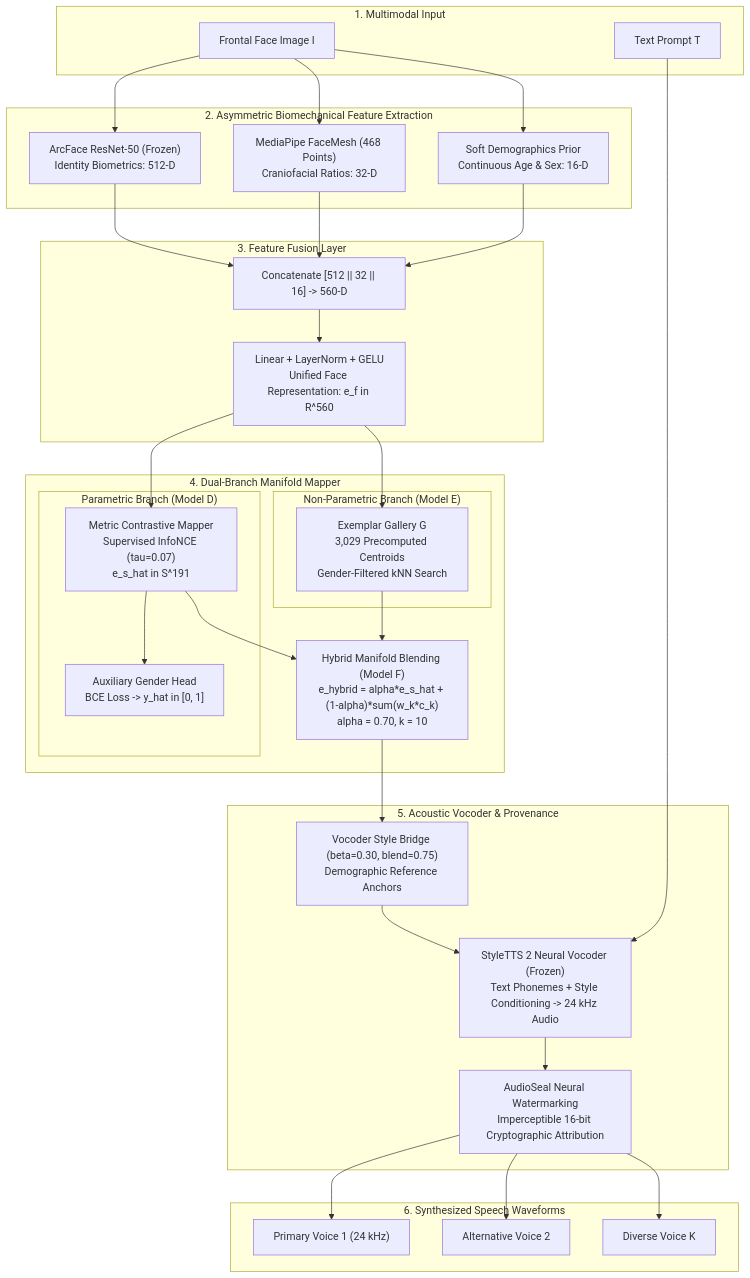
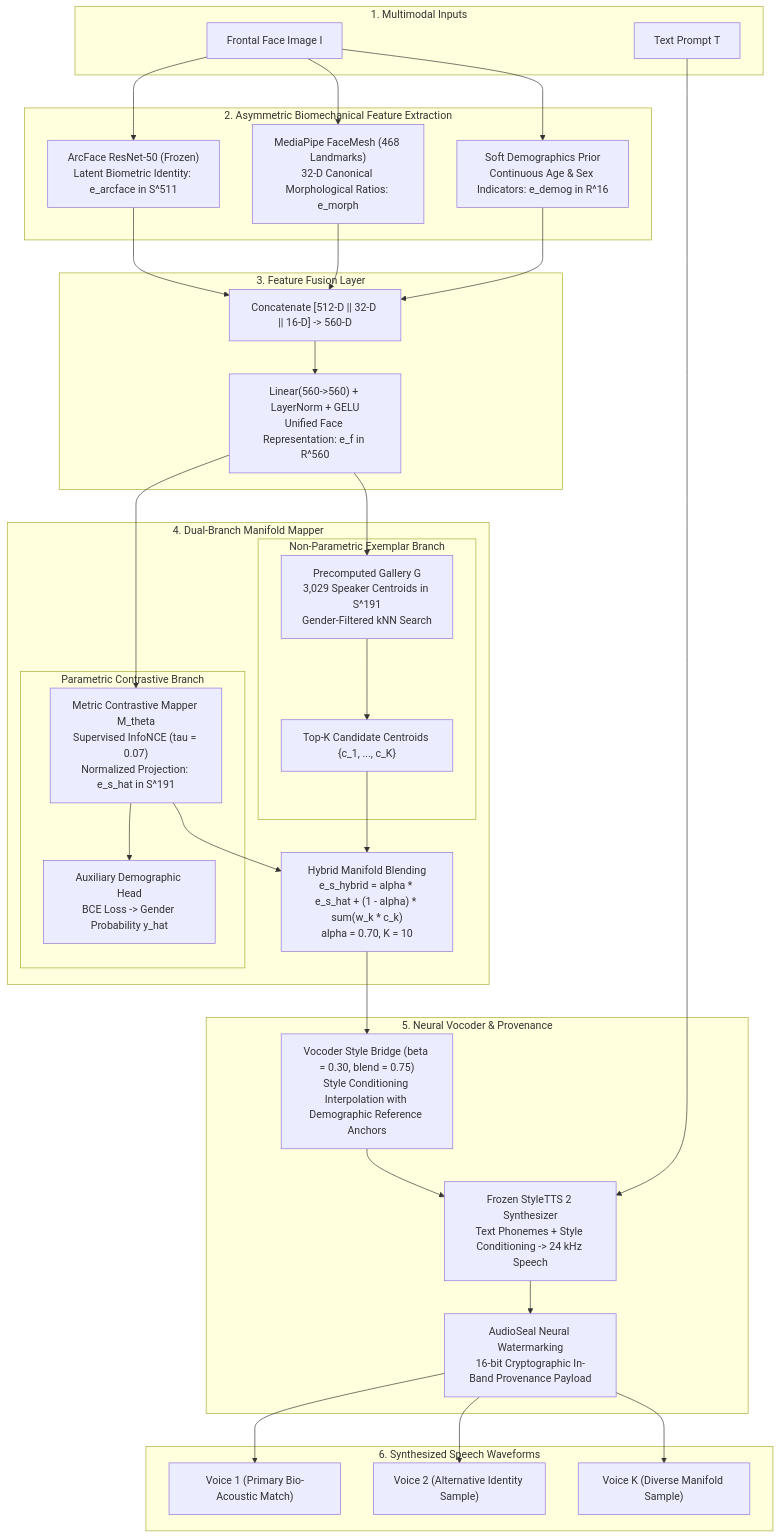
The fourth of 5 diagrams in README.md (AdityaWagh19/Voix-F2S-System), drawn with Mermaid before and after one commit. The commit also changed other lines of this file, not shown here.

Commit message:
docs: overhaul README with rigorous technical grounding, clean narrative flow, and detailed scientific insights

````diff
--- a/README.md
+++ b/README.md
@@ -71,64 +101,66 @@
 ```mermaid
 flowchart TD
-    subgraph INPUT["1. Multimodal Input"]
+    subgraph INPUT["1. Multimodal Inputs"]
         IMG["Frontal Face Image I"]
         TXT["Text Prompt T"]
     end
 
     subgraph ENCODING["2. Asymmetric Biomechanical Feature Extraction"]
-        AF["ArcFace ResNet-50 (Frozen)<br/>Identity Biometrics: 512-D"]
-        FM["MediaPipe FaceMesh (468 Points)<br/>Craniofacial Ratios: 32-D"]
-        SD["Soft Demographics Prior<br/>Continuous Age & Sex: 16-D"]
+        AF["ArcFace ResNet-50 (Frozen)<br/>Latent Biometric Identity: e_arcface in S^511"]
+        FM["MediaPipe FaceMesh (468 Landmarks)<br/>32-D Canonical Morphological Ratios: e_morph"]
+        SD["Soft Demographics Prior<br/>Continuous Age & Sex Indicators: e_demog in R^16"]
     end
 
     IMG --> AF
     IMG --> FM
     IMG --> SD
 
     subgraph FUSION["3. Feature Fusion Layer"]
-        CAT["Concatenate [512 || 32 || 16] -> 560-D"]
-        PROJ["Linear + LayerNorm + GELU<br/>Unified Face Representation: e_f in R^560"]
-        CAT --> PROJ
+        CONCAT["Concatenate [512-D || 32-D || 16-D] -> 560-D"]
+        PROJ["Linear(560->560) + LayerNorm + GELU<br/>Unified Face Representation: e_f in R^560"]
+        CONCAT --> PROJ
     end
 
-    AF --> CAT
-    FM --> CAT
-    SD --> CAT
+    AF --> CONCAT
+    FM --> CONCAT
+    SD --> CONCAT
 
     subgraph MAPPER["4. Dual-Branch Manifold Mapper"]
-        subgraph PARAMETRIC["Parametric Branch (Model D)"]
-            CONT["Metric Contrastive Mapper<br/>Supervised InfoNCE (tau=0.07)<br/>e_s_hat in S^191"]
-            GEND["Auxiliary Gender Head<br/>BCE Loss -> y_hat in [0, 1]"]
+        subgraph PARAMETRIC["Parametric Contrastive Branch"]
+            CONT["Metric Contrastive Mapper M_theta<br/>Supervised InfoNCE (tau = 0.07)<br/>Normalized Projection: e_s_hat in S^191"]
+            GEND["Auxiliary Demographic Head<br/>BCE Loss -> Gender Probability y_hat"]
             CONT --> GEND
         end
-        subgraph RETRIEVAL["Non-Parametric Branch (Model E)"]
-            GALLERY["Exemplar Gallery G<br/>3,029 Precomputed Centroids<br/>Gender-Filtered kNN Search"]
+        subgraph NON_PARAMETRIC["Non-Parametric Exemplar Branch"]
+            GALLERY["Precomputed Gallery G<br/>3,029 Speaker Centroids in S^191<br/>Gender-Filtered kNN Search"]
+            NEIGHBORS["Top-K Candidate Centroids {c_1, ..., c_K}"]
+            GALLERY --> NEIGHBORS
         end
-        HYBRID["Hybrid Manifold Blending (Model F)<br/>e_hybrid = alpha*e_s_hat + (1-alpha)*sum(w_k*c_k)<br/>alpha = 0.70, k = 10"]
+        HYBRID["Hybrid Manifold Blending<br/>e_s_hybrid = alpha * e_s_hat + (1 - alpha) * sum(w_k * c_k)<br/>alpha = 0.70, K = 10"]
         CONT --> HYBRID
-        GALLERY --> HYBRID
+        NEIGHBORS --> HYBRID
     end
 
     PROJ --> CONT
     PROJ --> GALLERY
 
-    subgraph SYNTHESIS["5. Acoustic Vocoder & Provenance"]
-        BRIDGE["Vocoder Style Bridge (beta=0.30, blend=0.75)<br/>Demographic Reference Anchors"]
-        TTS["StyleTTS 2 Neural Vocoder (Frozen)<br/>Text Phonemes + Style Conditioning -> 24 kHz Audio"]
-        SEAL["AudioSeal Neural Watermarking<br/>Imperceptible 16-bit Cryptographic Attribution"]
+    subgraph SYNTHESIS["5. Neural Vocoder & Provenance"]
+        BRIDGE["Vocoder Style Bridge (beta = 0.30, blend = 0.75)<br/>Style Conditioning Interpolation with Demographic Reference Anchors"]
+        TTS["Frozen StyleTTS 2 Synthesizer<br/>Text Phonemes + Style Conditioning -> 24 kHz Speech"]
+        WATERMARK["AudioSeal Neural Watermarking<br/>16-bit Cryptographic In-Band Provenance Payload"]
         HYBRID --> BRIDGE
         BRIDGE --> TTS
         TXT --> TTS
-        TTS --> SEAL
+        TTS --> WATERMARK
     end
 
     subgraph OUTPUT["6. Synthesized Speech Waveforms"]
-        V1["Primary Voice 1 (24 kHz)"]
-        V2["Alternative Voice 2"]
-        VK["Diverse Voice K"]
+        W1["Voice 1 (Primary Bio-Acoustic Match)"]
+        W2["Voice 2 (Alternative Identity Sample)"]
+        WK["Voice K (Diverse Manifold Sample)"]
     end
 
-    SEAL --> V1
-    SEAL --> V2
-    SEAL --> VK
+    WATERMARK --> W1
+    WATERMARK --> W2
+    WATERMARK --> WK
 ```
````
